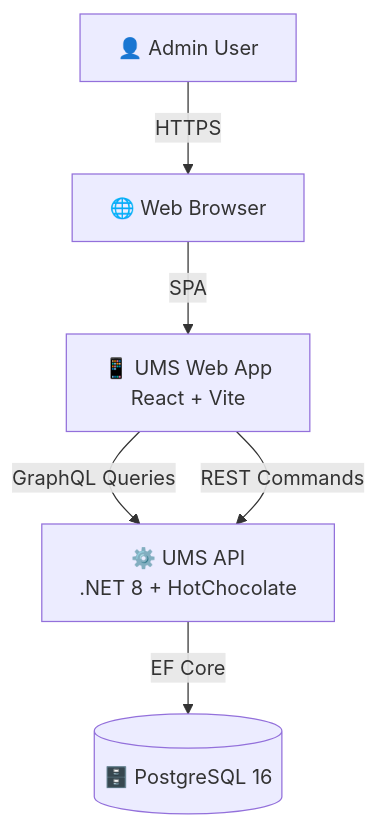
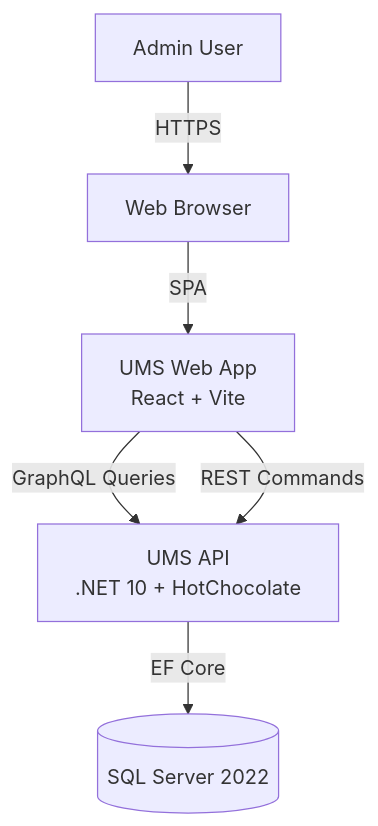
Before and after one commit to beyondnetcode/ums: the first of 5 diagrams in docs/architecture/artifacts/architecture-diagram.md, drawn with Mermaid. The commit also changed other lines of this file and 168 other files, not shown here.

````diff
--- a/docs/architecture/artifacts/architecture-diagram.md
+++ b/docs/architecture/artifacts/architecture-diagram.md
@@ -5,14 +5,14 @@
 ```mermaid
 graph TB
-    User[👤 Admin User]
-    Browser[🌐 Web Browser]
-    WebApp[📱 UMS Web App\nReact + Vite]
-    API[⚙️ UMS API\n.NET 8 + HotChocolate]
-    DB[(🗄️ PostgreSQL 16)]
+ User[ Admin User]
+ Browser[ Web Browser]
+ WebApp[ UMS Web App\nReact + Vite]
+ API[ UMS API\n.NET 10 + HotChocolate]
+ DB[(SQL Server 2022)]
 
-    User -->|HTTPS| Browser
-    Browser -->|SPA| WebApp
-    WebApp -->|GraphQL Queries| API
-    WebApp -->|REST Commands| API
-    API -->|EF Core| DB
+ User -->|HTTPS| Browser
+ Browser -->|SPA| WebApp
+ WebApp -->|GraphQL Queries| API
+ WebApp -->|REST Commands| API
+ API -->|EF Core| DB
 ```
````
